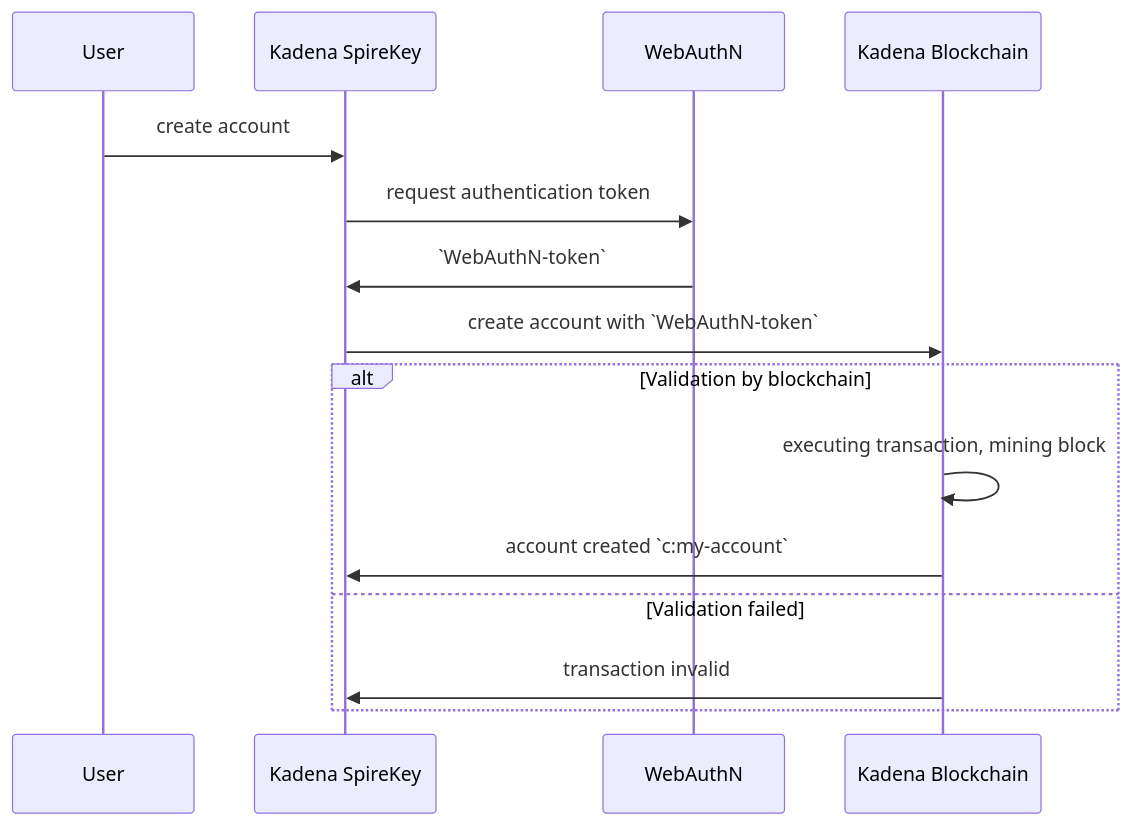
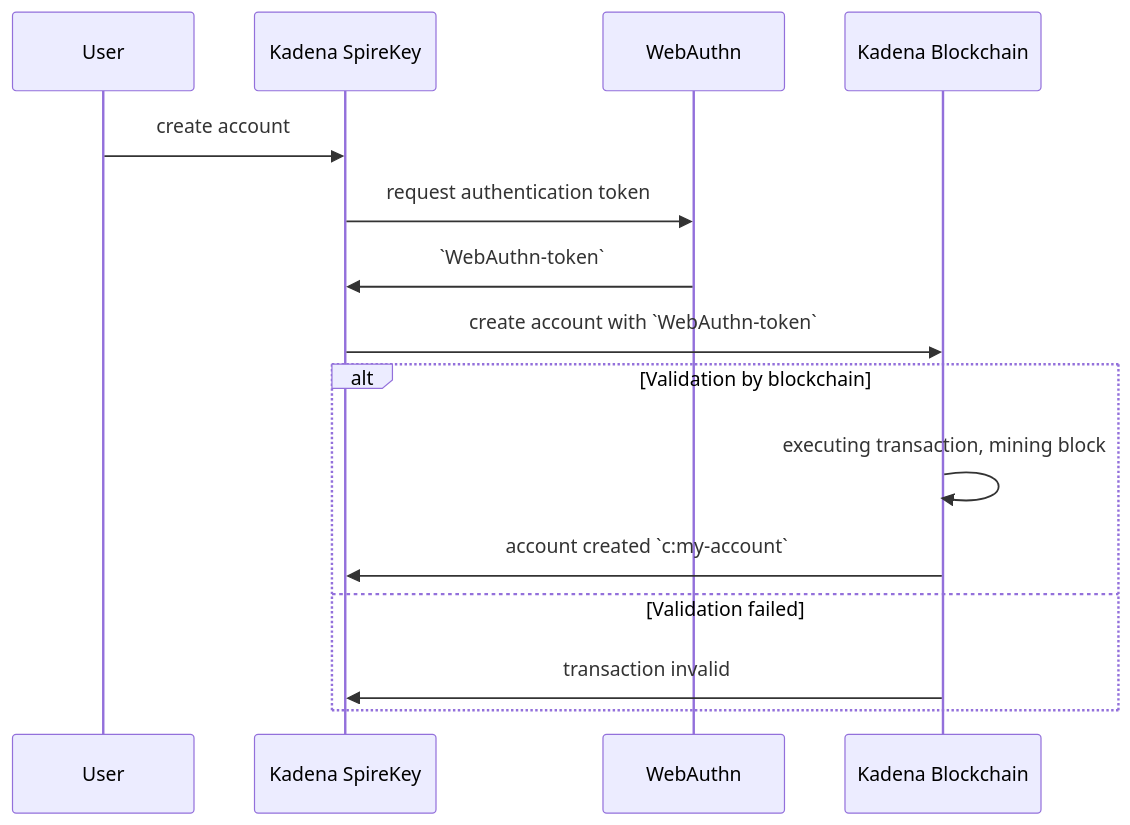
One commit to kadena-community/kadena.js changed the first of 3 diagrams in packages/apps/docs/src/docs/kadena/wallets/kadena-spirekey/index.md. Above: the diagram before and after it, drawn with Mermaid. The commit also changed other lines of this file, not shown here.

````diff
--- a/packages/apps/docs/src/docs/kadena/wallets/kadena-spirekey/index.md
+++ b/packages/apps/docs/src/docs/kadena/wallets/kadena-spirekey/index.md
@@ -94,17 +127,17 @@
 ```mermaid
 sequenceDiagram
   participant u as User
   participant s as Kadena SpireKey
-  participant w as WebAuthN
+  participant w as WebAuthn
   participant k as Kadena Blockchain
     u->>s: create account
     s->>w: request authentication token
-    w->>s: `WebAuthN-token`
-    s->>k: create account with `WebAuthN-token`
+    w->>s: `WebAuthn-token`
+    s->>k: create account with `WebAuthn-token`
   alt Validation by blockchain
     k->>k: executing transaction, mining block
     k->>s: account created `c:my-account`
   else Validation failed
     k->>s: transaction invalid
   end
 ```
````
